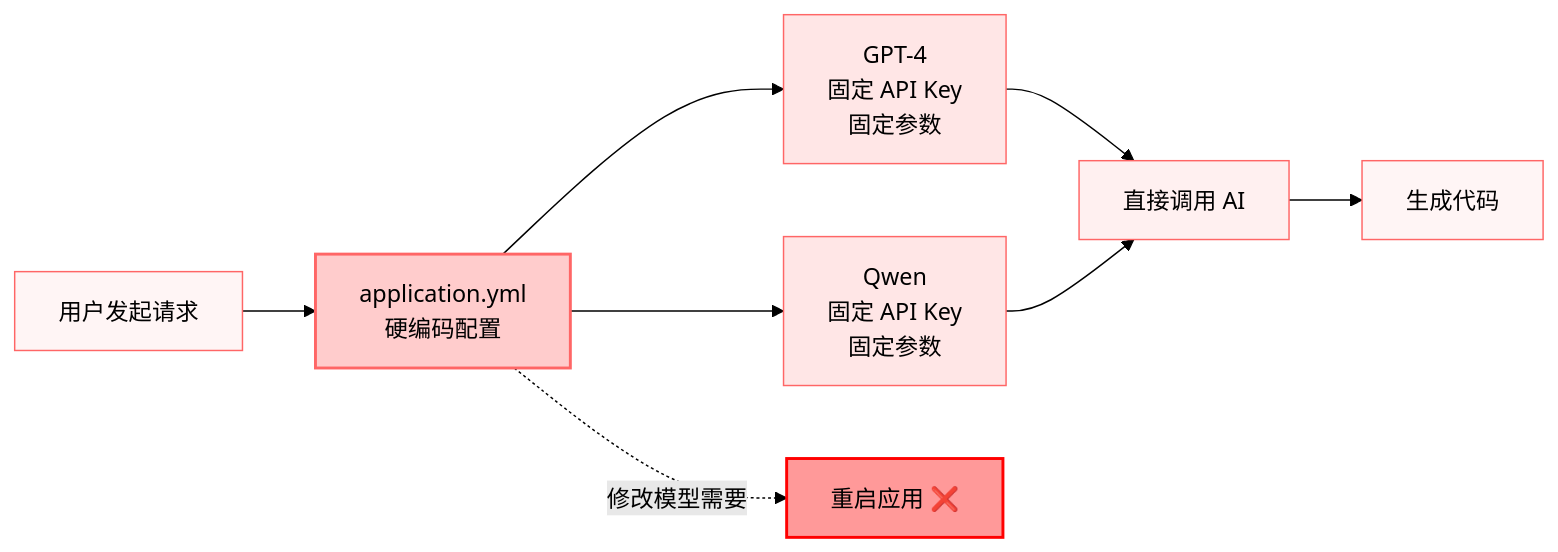
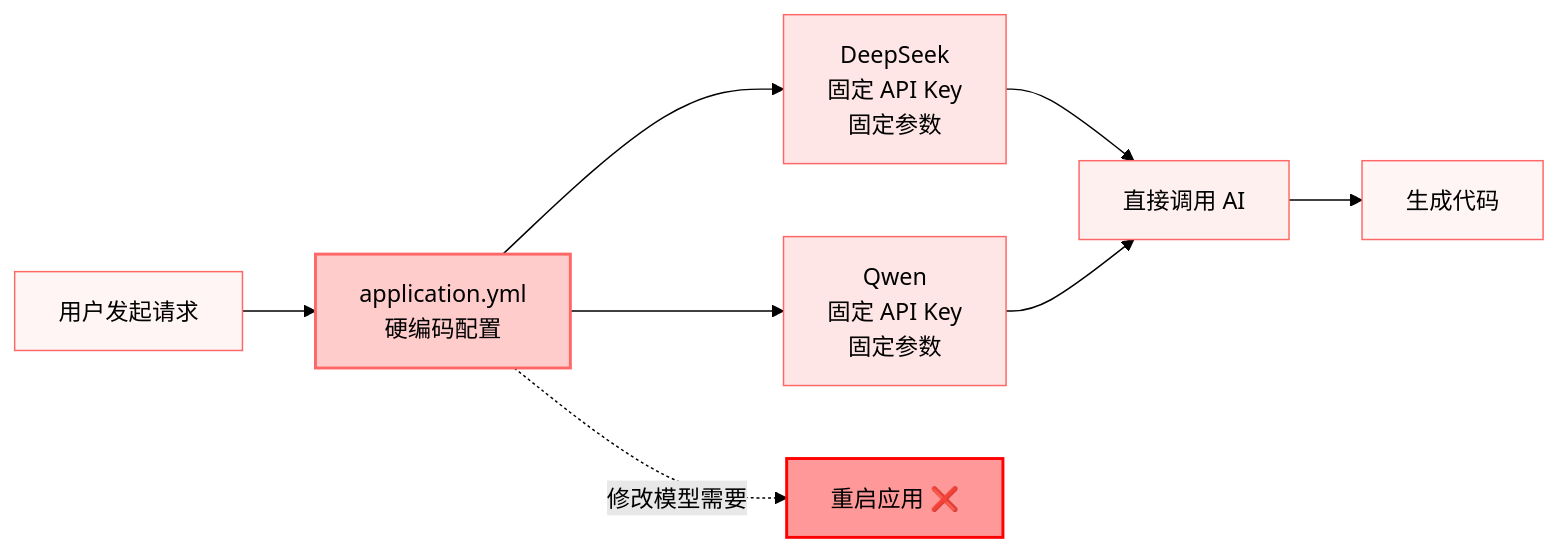
Before and after one commit to vasc-language/ai-code-mother: the first of 18 diagrams in 公告.md, drawn with Mermaid (forest theme). The commit also changed other lines of this file, not shown here.

````diff
--- a/公告.md
+++ b/公告.md
@@ -104,19 +103,19 @@
 ```mermaid
 graph LR
     A1[用户发起请求] --> B1[application.yml<br/>硬编码配置]
-    B1 --> C1[GPT-4<br/>固定 API Key<br/>固定参数]
+    B1 --> C1[DeepSeek<br/>固定 API Key<br/>固定参数]
     B1 --> C2[Qwen<br/>固定 API Key<br/>固定参数]
     C1 --> D1[直接调用 AI]
     C2 --> D1
     D1 --> E1[生成代码]
 
     B1 -.修改模型需要.-> F1[重启应用 ❌]
 
     style A1 fill:#fff5f5,stroke:#ff6666
     style B1 fill:#ffcccc,stroke:#ff6666,stroke-width:2px
     style C1 fill:#ffe6e6,stroke:#ff6666
     style C2 fill:#ffe6e6,stroke:#ff6666
     style D1 fill:#fff0f0,stroke:#ff6666
     style E1 fill:#fff5f5,stroke:#ff6666
     style F1 fill:#ff9999,stroke:#ff0000,stroke-width:2px
 ```
````
